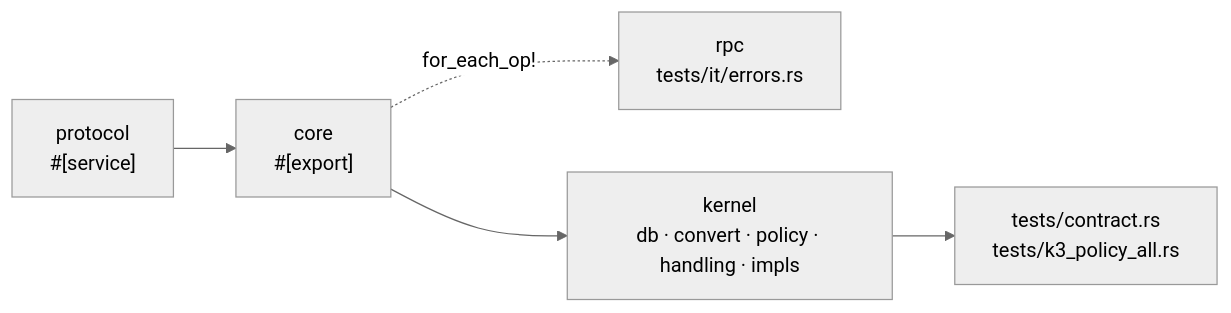
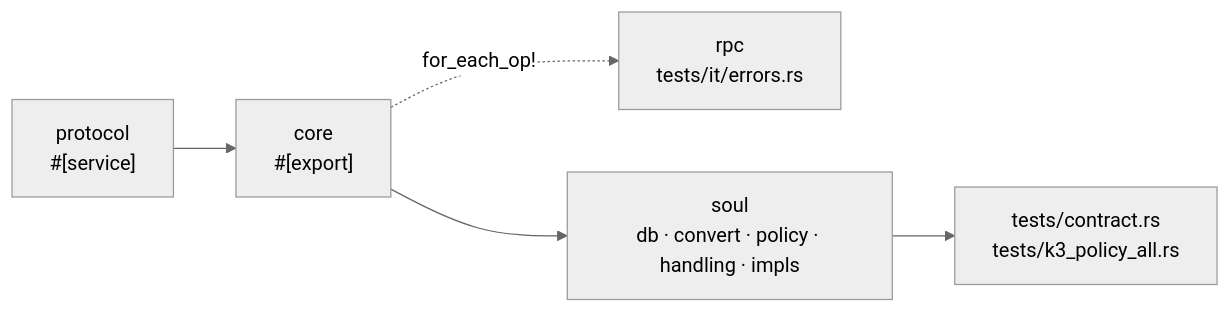
The diagram in docs/src/development.md (eva-rs/kernel), drawn with Mermaid (neutral theme) before and after one commit. The commit also changed other lines of this file and 568 other files, not shown here.

First line of the commit message:
kernel переименован в soul; SDK модулей, локализация, управление сном

````diff
--- a/docs/src/development.md
+++ b/docs/src/development.md
@@ -96,7 +96,7 @@
 ```mermaid
 flowchart LR
     A["protocol<br/>#[service]"] --> B["core<br/>#[export]"]
     B -. for_each_op! .-> C["rpc<br/>tests/it/errors.rs"]
-    B --> D["kernel<br/>db · convert · policy · handling · impls"]
+    B --> D["soul<br/>db · convert · policy · handling · impls"]
     D --> E["tests/contract.rs<br/>tests/k3_policy_all.rs"]
 ```
````
